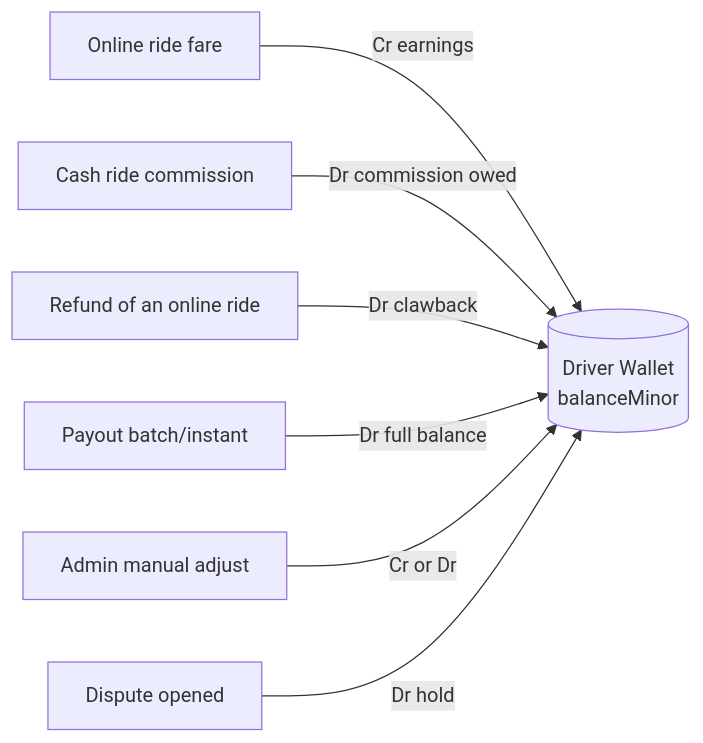
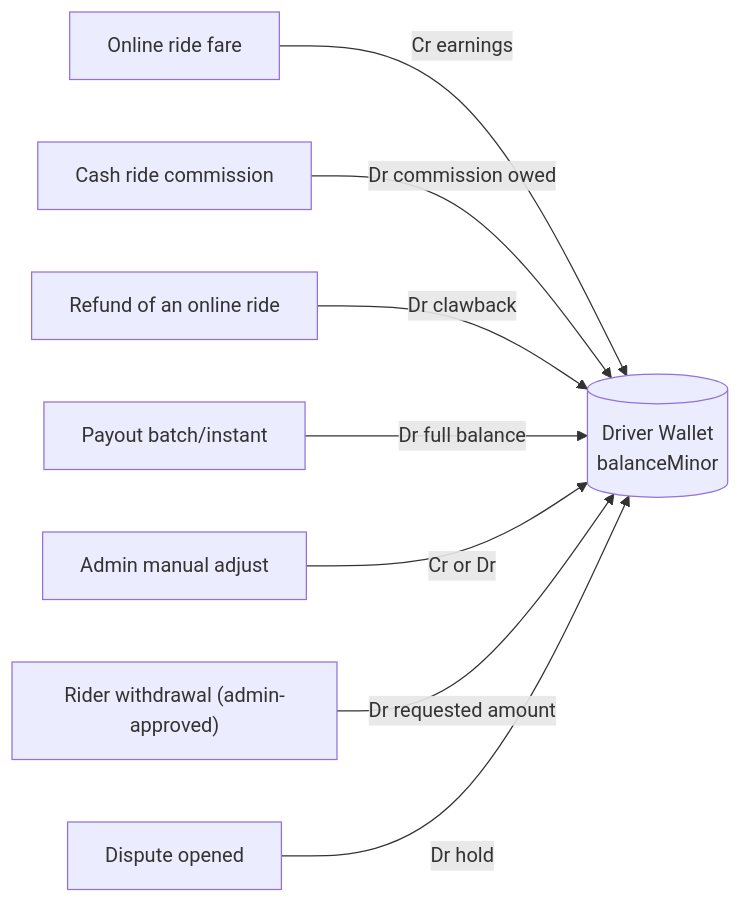
One commit to dynamichydra/ridesharing changed the fourth of 10 diagrams in backend/docs/payment-system-overview.md. Above: the diagram before and after it, drawn with Mermaid. The commit also changed other lines of this file and 34 other files, not shown here.

````diff
--- a/backend/docs/payment-system-overview.md
+++ b/backend/docs/payment-system-overview.md
@@ -264,10 +277,11 @@
 ```mermaid
 flowchart LR
     RideOnline["Online ride fare"] -->|Cr earnings| Wallet
     RideCash["Cash ride commission"] -->|Dr commission owed| Wallet
     Refund["Refund of an online ride"] -->|Dr clawback| Wallet
     Payout["Payout batch/instant"] -->|Dr full balance| Wallet
     AdminAdjust["Admin manual adjust"] -->|Cr or Dr| Wallet
+    Withdrawal["Rider withdrawal (admin-approved)"] -->|Dr requested amount| Wallet
     Dispute["Dispute opened"] -->|Dr hold| Wallet
     Wallet[("Driver Wallet\nbalanceMinor")]
 ```
````
